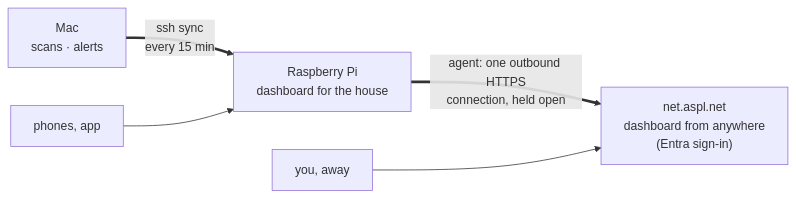
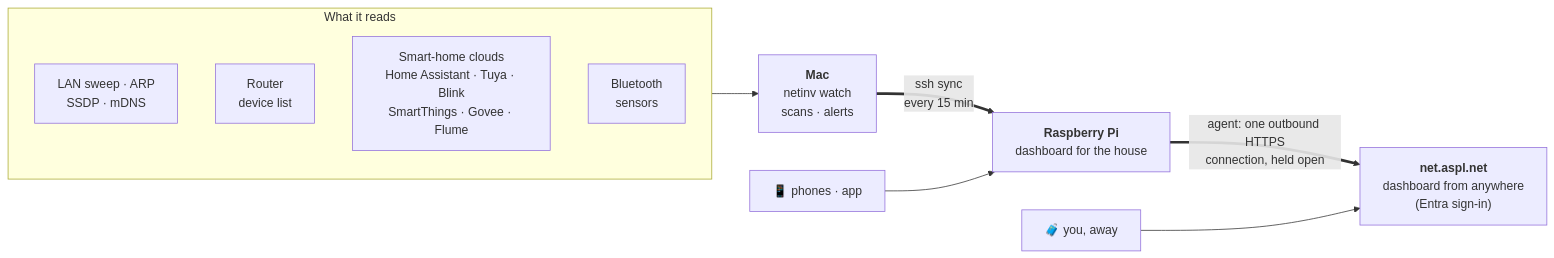
The diagram in README.md (jchirayath/netinventory), drawn with Mermaid before and after one commit. The commit also changed other lines of this file and 10 other files, not shown here.

First line of the commit message:
docs: a README with dashboard screenshots; fix: no real device ids in tests, CI green again

````diff
--- a/README.md
+++ b/README.md
@@ -93,7 +135,15 @@
 ```mermaid
 flowchart LR
-  mac["Mac<br/>scans · alerts"] == "ssh sync<br/>every 15 min" ==> pi["Raspberry Pi<br/>dashboard for the house"]
-  pi == "agent: one outbound HTTPS<br/>connection, held open" ==> web["net.aspl.net<br/>dashboard from anywhere<br/>(Entra sign-in)"]
-  phone["phones, app"] --> pi
-  you["you, away"] --> web
+  subgraph sources["What it reads"]
+    direction TB
+    lan["LAN sweep · ARP<br/>SSDP · mDNS"]
+    router["Router<br/>device list"]
+    clouds["Smart-home clouds<br/>Home Assistant · Tuya · Blink<br/>SmartThings · Govee · Flume"]
+    ble["Bluetooth<br/>sensors"]
+  end
+  sources --> mac["<b>Mac</b><br/>netinv watch<br/>scans · alerts"]
+  mac == "ssh sync<br/>every 15 min" ==> pi["<b>Raspberry Pi</b><br/>dashboard for the house"]
+  pi == "agent: one outbound HTTPS<br/>connection, held open" ==> web["<b>net.aspl.net</b><br/>dashboard from anywhere<br/>(Entra sign-in)"]
+  phone["📱 phones · app"] --> pi
+  away["🧳 you, away"] --> web
 ```
````
